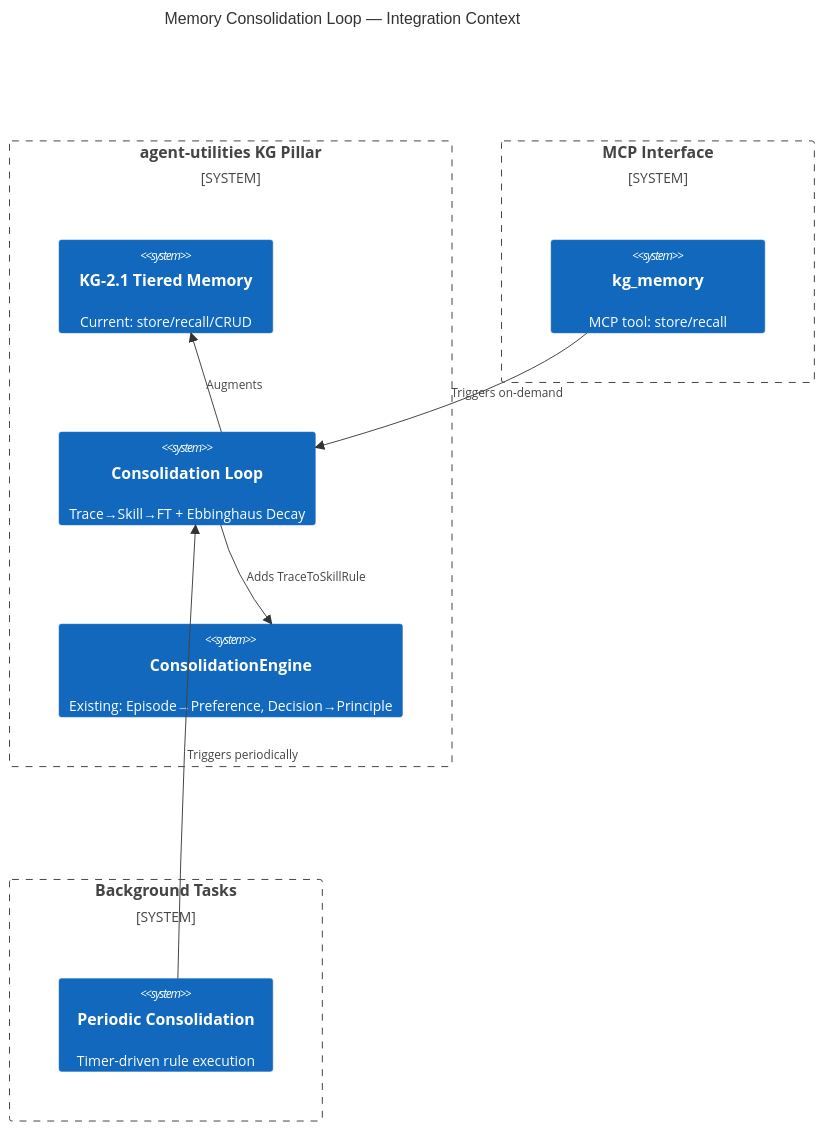
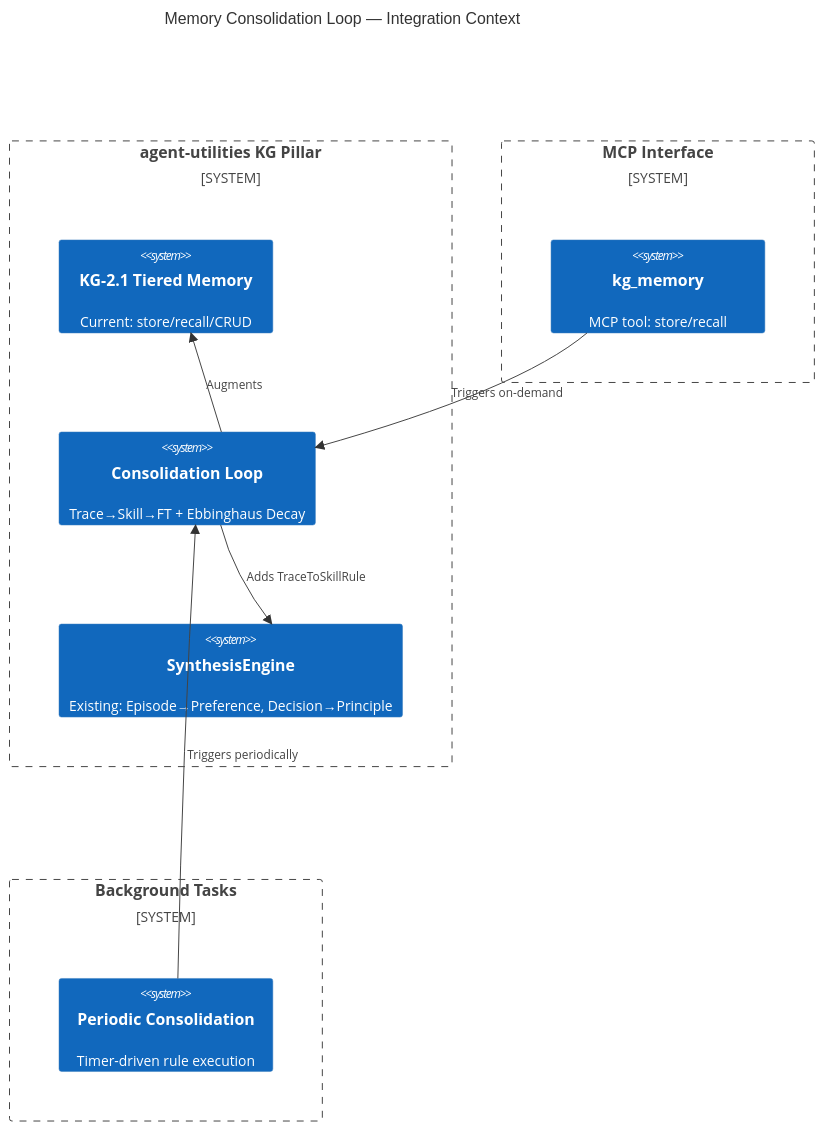
The diagram in .specify/design/kg-2.1-memory-consolidation/design.md (Knuckles-Team/agent-utilities), drawn with Mermaid before and after one commit. The commit also changed other lines of this file and 155 other files, not shown here.

````diff
--- a/.specify/design/kg-2.1-memory-consolidation/design.md
+++ b/.specify/design/kg-2.1-memory-consolidation/design.md
@@ -55,23 +55,23 @@
 ```mermaid
 C4Context
     title Memory Consolidation Loop — Integration Context
 
     System_Boundary(b1, "agent-utilities KG Pillar") {
         System(existing, "KG-2.1 Tiered Memory", "Current: store/recall/CRUD")
         System(target, "Consolidation Loop", "Trace→Skill→FT + Ebbinghaus Decay")
-        System(engine, "ConsolidationEngine", "Existing: Episode→Preference, Decision→Principle")
+        System(engine, "SynthesisEngine", "Existing: Episode→Preference, Decision→Principle")
     }
 
     System_Boundary(b2, "MCP Interface") {
         System(mcp, "kg_memory", "MCP tool: store/recall")
     }
 
     System_Boundary(b3, "Background Tasks") {
         System(timer, "Periodic Consolidation", "Timer-driven rule execution")
     }
 
     Rel(target, existing, "Augments")
     Rel(target, engine, "Adds TraceToSkillRule")
     Rel(mcp, target, "Triggers on-demand")
     Rel(timer, target, "Triggers periodically")
 ```
````
